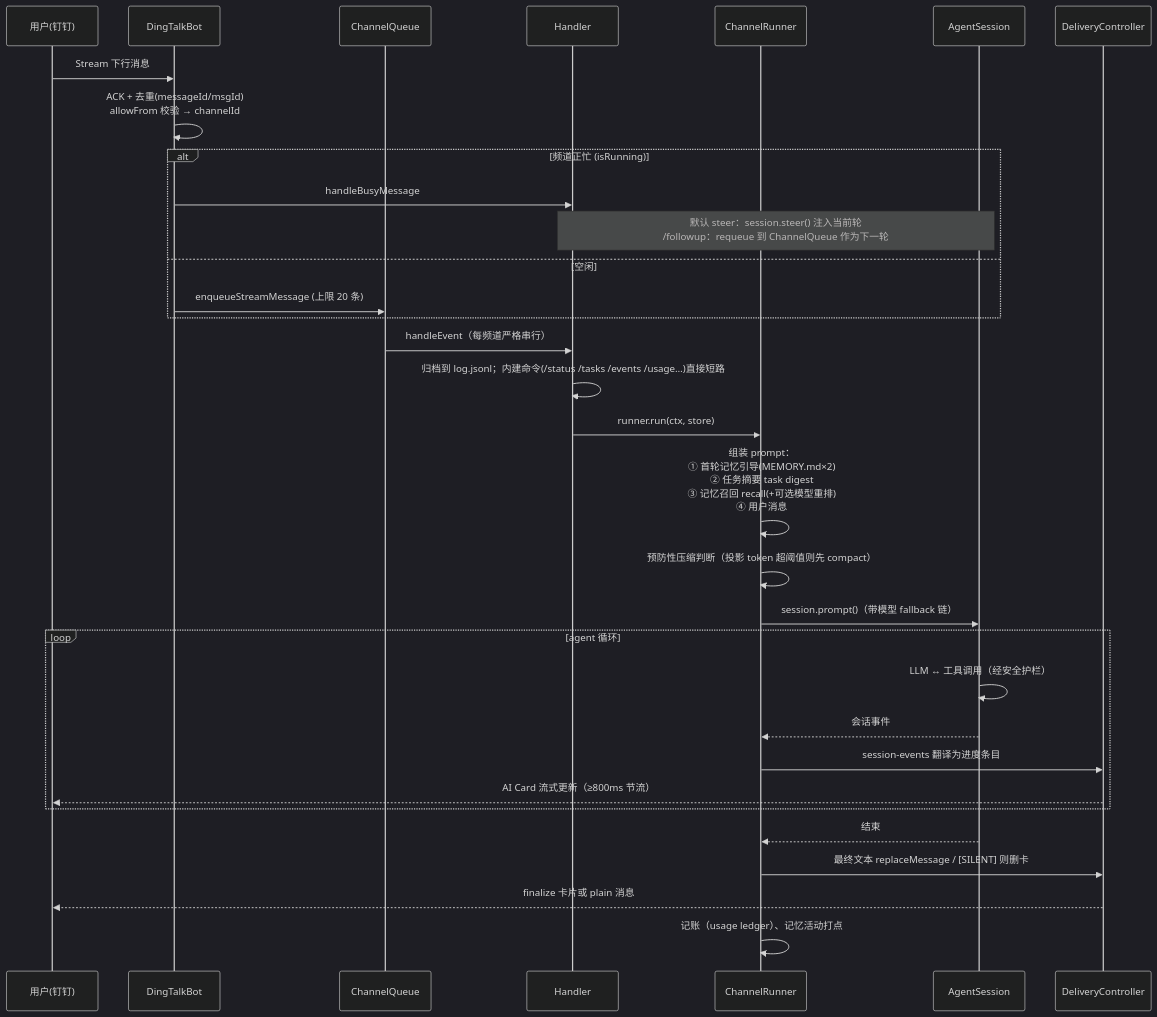
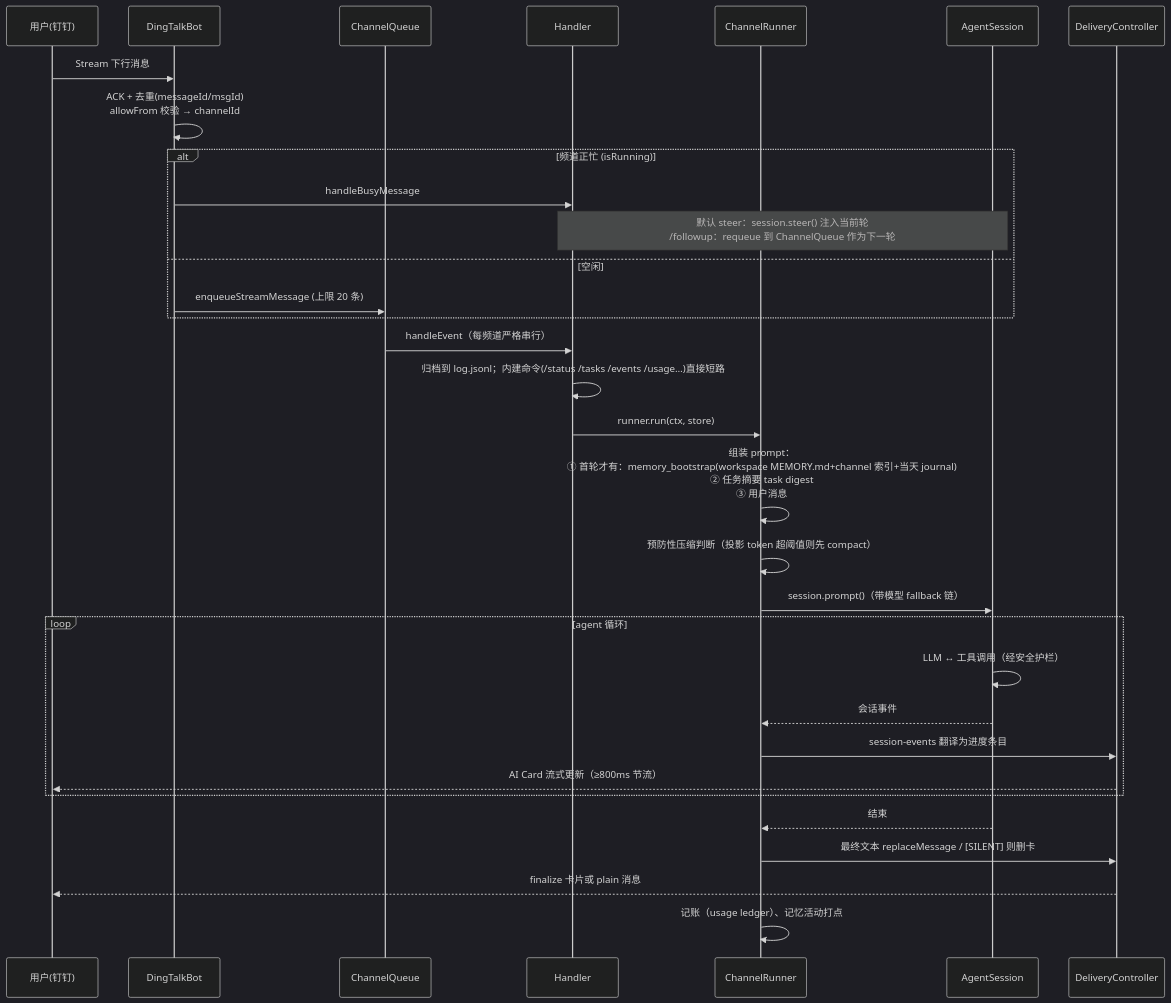
The second of 4 diagrams in docs/architecture.md (oyasmi/pipiclaw), drawn with Mermaid (dark theme) before and after one commit. The commit also changed other lines of this file and 17 other files, not shown here.

````diff
--- a/docs/architecture.md
+++ b/docs/architecture.md
@@ -101,35 +101,35 @@
 ```mermaid
 sequenceDiagram
     participant U as 用户(钉钉)
     participant B as DingTalkBot
     participant Q as ChannelQueue
     participant H as Handler
     participant R as ChannelRunner
     participant S as AgentSession
     participant D as DeliveryController
 
     U->>B: Stream 下行消息
     B->>B: ACK + 去重(messageId/msgId)<br/>allowFrom 校验 → channelId
     alt 频道正忙 (isRunning)
         B->>H: handleBusyMessage
         Note over H,S: 默认 steer：session.steer() 注入当前轮<br/>/followup：requeue 到 ChannelQueue 作为下一轮
     else 空闲
         B->>Q: enqueueStreamMessage (上限 20 条)
     end
     Q->>H: handleEvent（每频道严格串行）
     H->>H: 归档到 log.jsonl；内建命令(/status /tasks /events /usage…)直接短路
     H->>R: runner.run(ctx, store)
-    R->>R: 组装 prompt：<br/>① 首轮记忆引导(MEMORY.md×2)<br/>② 任务摘要 task digest<br/>③ 记忆召回 recall(+可选模型重排)<br/>④ 用户消息
+    R->>R: 组装 prompt：<br/>① 首轮才有：memory_bootstrap(workspace MEMORY.md+channel 索引+当天 journal)<br/>② 任务摘要 task digest<br/>③ 用户消息
     R->>R: 预防性压缩判断（投影 token 超阈值则先 compact）
     R->>S: session.prompt()（带模型 fallback 链）
     loop agent 循环
         S->>S: LLM ↔ 工具调用（经安全护栏）
         S-->>R: 会话事件
         R->>D: session-events 翻译为进度条目
         D-->>U: AI Card 流式更新（≥800ms 节流）
     end
     S-->>R: 结束
     R->>D: 最终文本 replaceMessage / [SILENT] 则删卡
     D-->>U: finalize 卡片或 plain 消息
     R->>R: 记账（usage ledger）、记忆活动打点
 ```
````
